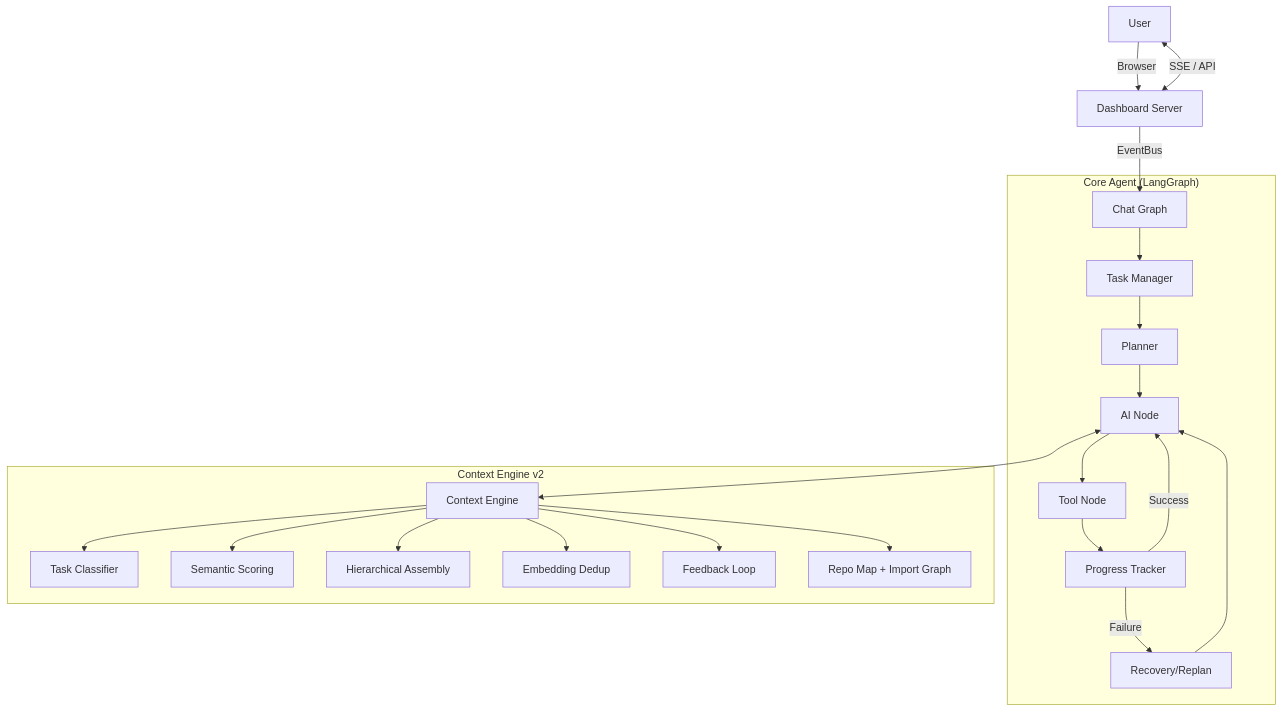
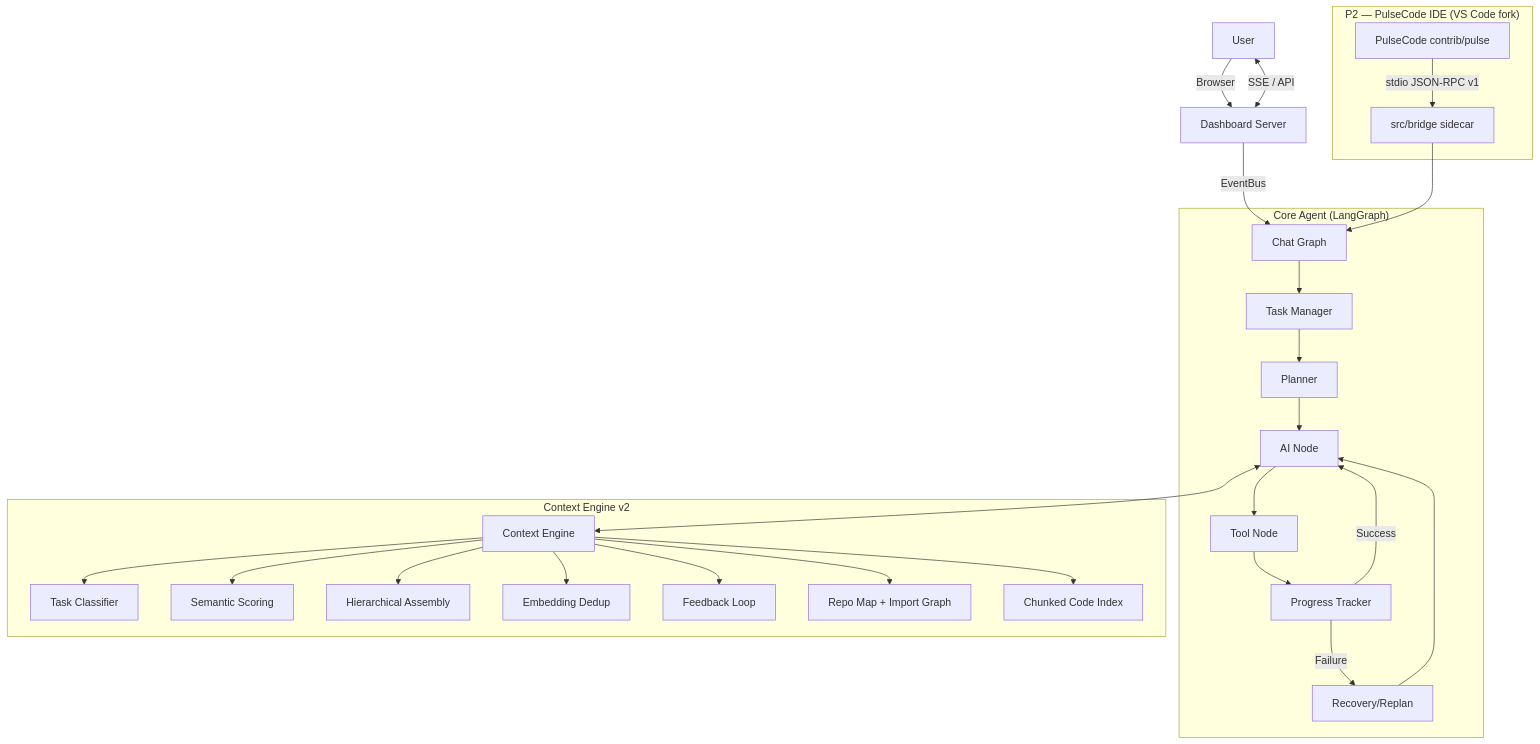
Before and after one commit to SriAkhilSJ/PulseAIRepo: the diagram in README.md, drawn with Mermaid. The commit also changed other lines of this file, not shown here.

First line of the commit message:
docs(readme): reflect current state — engine frozen, P2 PulseCode fork in progress

````diff
--- a/README.md
+++ b/README.md
@@ -117,28 +136,34 @@
 ```mermaid
 flowchart TD
     U[User] -->|Browser| DASH[Dashboard Server]
     DASH -->|EventBus| GRAPH[Chat Graph]
 
     subgraph "Core Agent (LangGraph)"
         GRAPH --> TM[Task Manager]
         TM --> PL[Planner]
         PL --> AI[AI Node]
         AI --> TOOLS[Tool Node]
         TOOLS --> PROGRESS[Progress Tracker]
         PROGRESS -->|Success| AI
         PROGRESS -->|Failure| REC[Recovery/Replan]
         REC --> AI
     end
 
     subgraph "Context Engine v2"
         AI <--> CE[Context Engine]
         CE --> TC[Task Classifier]
         CE --> SC[Semantic Scoring]
         CE --> HA[Hierarchical Assembly]
         CE --> DD[Embedding Dedup]
         CE --> FB[Feedback Loop]
         CE --> RM[Repo Map + Import Graph]
+        CE --> CI[Chunked Code Index]
     end
 
     DASH <-->|SSE / API| U
+
+    subgraph "P2 — PulseCode IDE (VS Code fork)"
+        FORK[PulseCode contrib/pulse] -->|stdio JSON-RPC v1| BRIDGE[src/bridge sidecar]
+        BRIDGE --> GRAPH
+    end
 ```
````
